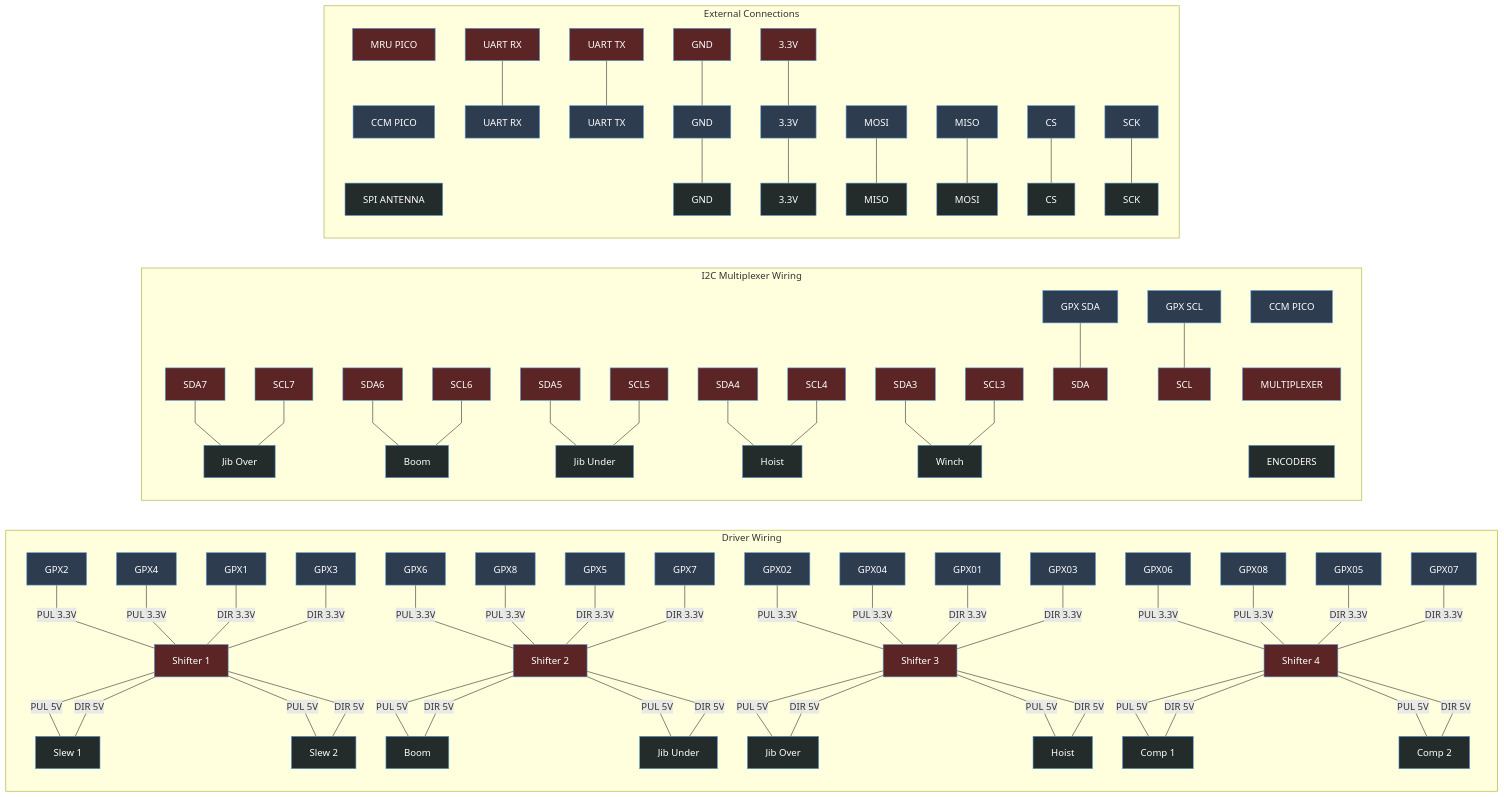
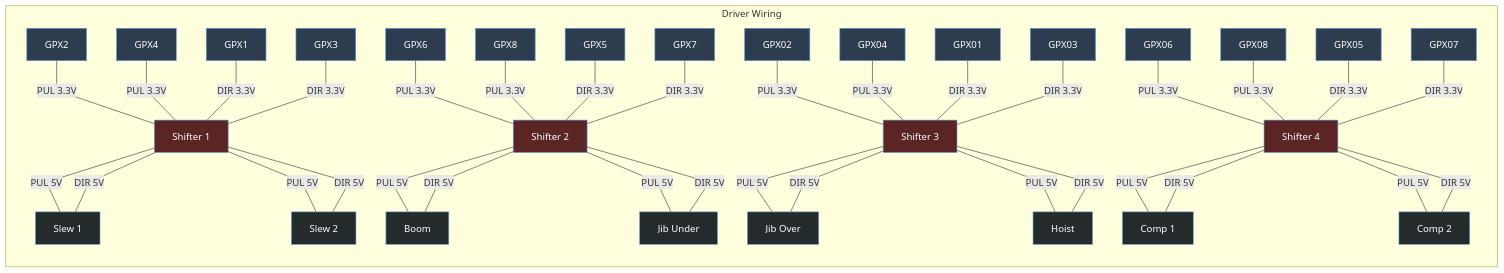
One commit to lyngstad-armin/scale-crane-electric-wire-luffing changed the first of 4 diagrams in README.md. Above: the diagram before and after it, drawn with Mermaid. The commit also changed other lines of this file and 1 other file, not shown here.

Commit message:
Finally some progress on the .mmd formatting for the .md files

````diff
--- a/README.md
+++ b/README.md
@@ -5,12 +5,11 @@
 ```mermaid
 %%{init: {'flowchart': {'curve': 'linear'}}}%%
 flowchart LR
-
+classDef style2 fill:#2e3c50,stroke:#5b9bd5,color:#fff
+classDef style1 fill:#5c2525,stroke:#5b9bd5,color:#fff
+classDef style3 fill:#242b2b,stroke:#5b9bd5,color:#fff
 subgraph Driver Wiring
     direction TD
-    classDef style2 fill:#2e3c50,stroke:#5b9bd5,color:#fff
-    classDef style1 fill:#5c2525,stroke:#5b9bd5,color:#fff
-    classDef style3 fill:#242b2b,stroke:#5b9bd5,color:#fff
 
     DM1[Slew 1]:::style3
     DM2[Slew 2]:::style3
@@ -69,85 +68,4 @@
 GPX05 ---|DIR 3.3V| LLS4 ---|DIR 5V| DM7
 GPX07 ---|DIR 3.3V| LLS4 ---|DIR 5V| DM8
 end
-
-subgraph I2C Multiplexer Wiring
-    GP1[GPX SDA]:::style2
-    GP2[GPX SCL]:::style2
-
-    MPXSD[SDA]:::style1
-    MPXSC[SCL]:::style1
-    SDA7:::style1
-    SCL7:::style1
-    SDA6:::style1
-    SCL6:::style1
-    SDA5:::style1
-    SCL5:::style1
-    SDA4:::style1
-    SCL4:::style1
-    SDA3:::style1
-    SCL3:::style1
-
-    ENC1[Jib Over]:::style3
-    ENC2[Boom]:::style3
-    ENC3[Jib Under]:::style3
-    ENC4[Hoist]:::style3
-    ENC5[Winch]:::style3
-
-    X991[" "]
-    style X991 display:none
-
-GP1 --- MPXSD
-GP2 --- MPXSC
-SDA7 & SCL7 --- ENC1
-SDA6 & SCL6 --- ENC2
-SDA5 & SCL5 --- ENC3
-SDA4 & SCL4 --- ENC4
-SDA3 & SCL3 --- ENC5
-MPXSD & MPXSC --- X991
-SP1[CCM PICO]:::style2 --- SP2[MULTIPLEXER]:::style1 --- SP3[ENCODERS]:::style3
-linkStyle 44,45,46,47 display:none
-
-
-
-
-end
-
-subgraph External Connections
-URX0[UART RX]:::style1
-UTX0[UART TX]:::style1
-GN0[GND]:::style1
-V0[3.3V]:::style1
-
-URX1[UART RX]:::style2
-UTX1[UART TX]:::style2
-GN1[GND]:::style2
-V1[3.3V]:::style2
-MISO0[MISO]:::style2
-MOSI0[MOSI]:::style2
-SCK0[SCK]:::style2
-CS0[CS]:::style2
-
-X192[" "]
-style X192 display:none
-
-GN2[GND]:::style3
-V2[3.3V]:::style3
-MOSI1[MOSI]:::style3
-MISO1[MISO]:::style3
-SCK1[SCK]:::style3
-CS1[CS]:::style3
-
-FFG2["CCM PICO"]:::style2 --- FFG3[SPI ANTENNA]:::style3
-URX0 --- URX1 --- X192
-UTX0 --- UTX1 --- X192
-FFG1["MRU PICO"]:::style1 --- FFG2
-linkStyle 48,50,52,53 display:none
-GN0 --- GN1 --- GN2
-V0 --- V1 --- V2
-MOSI0 --- MISO1
-MISO0 --- MOSI1
-CS0 --- CS1
-SCK0 --- SCK1
-
-end
 ```
````
